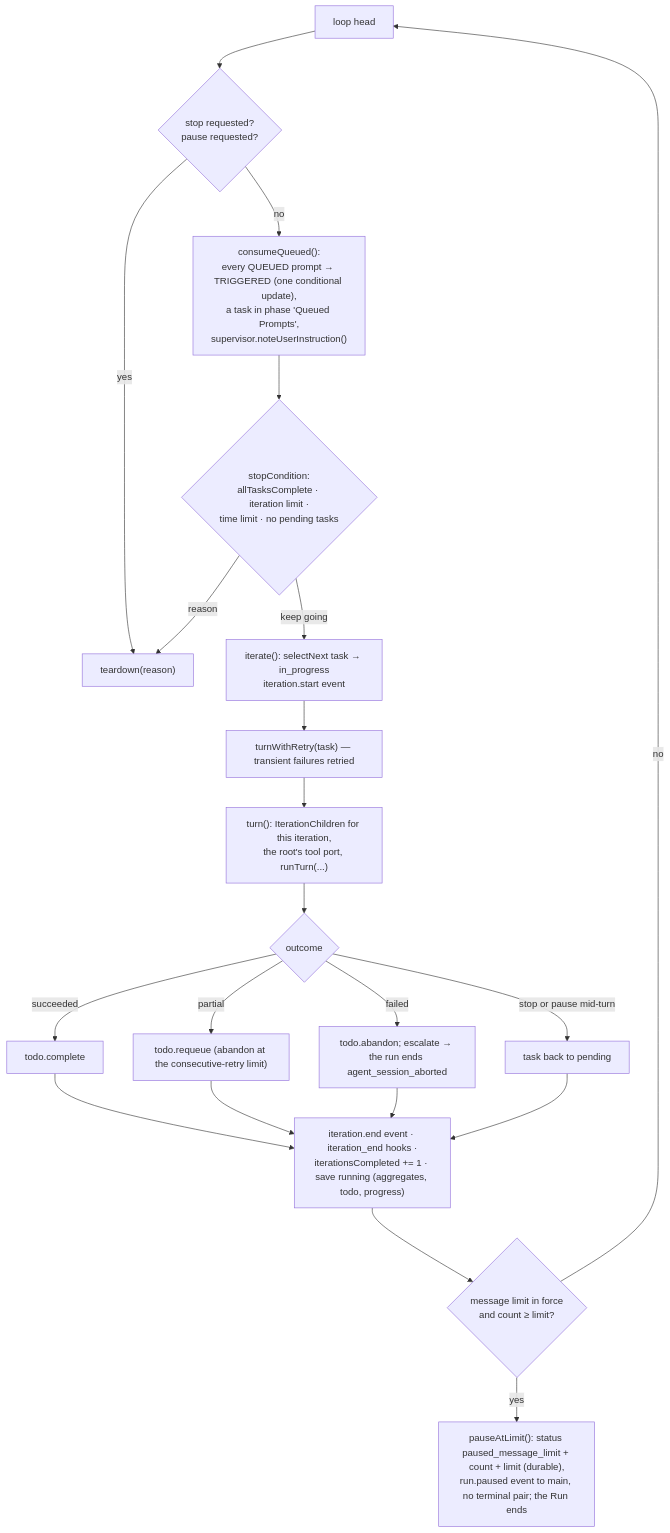
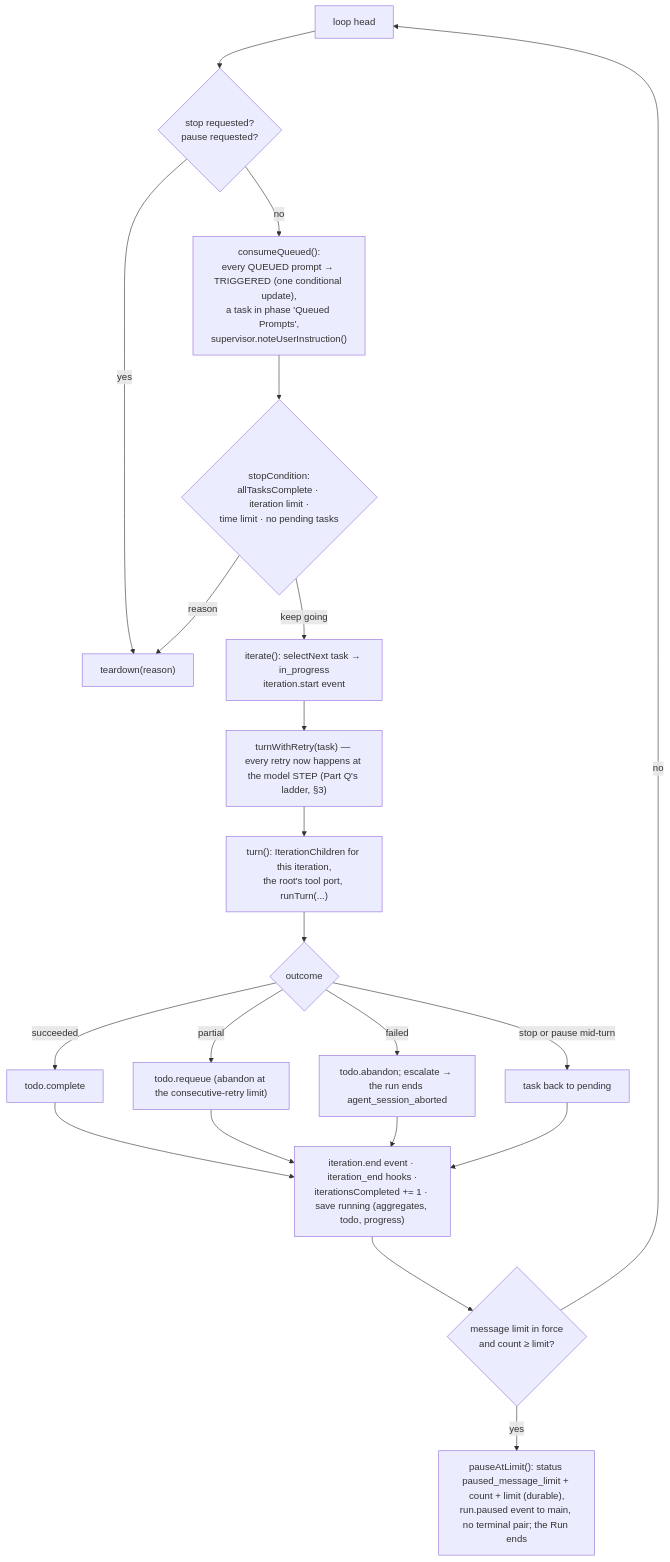
The second of 2 diagrams in docs/architecture/views/03-runtime-view.md (Concrete-Dynamics/Rotaris), drawn with Mermaid before and after one commit. The commit also changed other lines of this file and 32 other files, not shown here.

````diff
--- a/docs/architecture/views/03-runtime-view.md
+++ b/docs/architecture/views/03-runtime-view.md
@@ -55,20 +55,20 @@
 ```mermaid
 flowchart TB
   L0["loop head"] --> S1{"stop requested?<br/>pause requested?"}
   S1 -- yes --> T["teardown(reason)"]
   S1 -- no --> Q["consumeQueued():<br/>every QUEUED prompt → TRIGGERED (one conditional update),<br/>a task in phase 'Queued Prompts',<br/>supervisor.noteUserInstruction()"]
   Q --> S2{"stopCondition:<br/>allTasksComplete · iteration limit ·<br/>time limit · no pending tasks"}
   S2 -- reason --> T
   S2 -- keep going --> I["iterate(): selectNext task → in_progress<br/>iteration.start event"]
-  I --> TR["turnWithRetry(task) — transient failures retried"]
+  I --> TR["turnWithRetry(task) — every retry now happens at the model STEP (Part Q's ladder, §3)"]
   TR --> TURN["turn(): IterationChildren for this iteration,<br/>the root's tool port, runTurn(...)"]
   TURN --> OUT{"outcome"}
   OUT -- succeeded --> C["todo.complete"]
   OUT -- partial --> RQ["todo.requeue (abandon at the consecutive-retry limit)"]
   OUT -- failed --> AB["todo.abandon; escalate → the run ends agent_session_aborted"]
   OUT -- stop or pause mid-turn --> PEND["task back to pending"]
   C & RQ & AB & PEND --> E["iteration.end event · iteration_end hooks ·<br/>iterationsCompleted += 1 · save running (aggregates, todo, progress)"]
   E --> ML{"message limit in force<br/>and count ≥ limit?"}
   ML -- yes --> PL["pauseAtLimit(): status paused_message_limit + count + limit (durable),<br/>run.paused event to main, no terminal pair; the Run ends"]
   ML -- no --> L0
 ```
````
